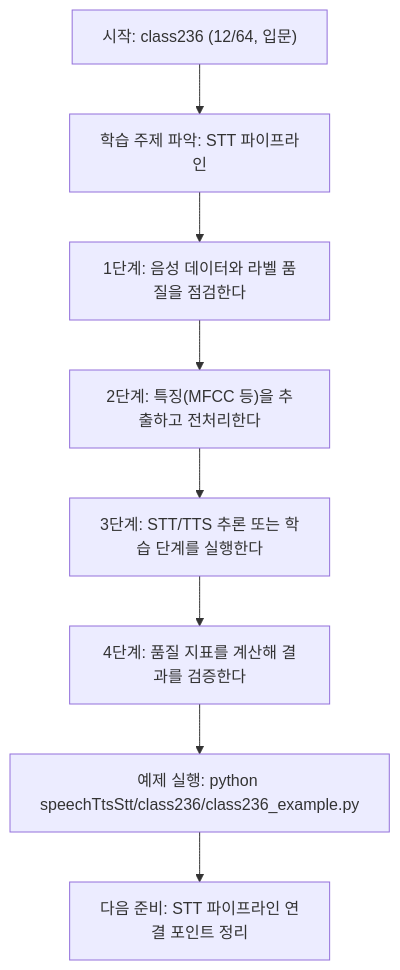
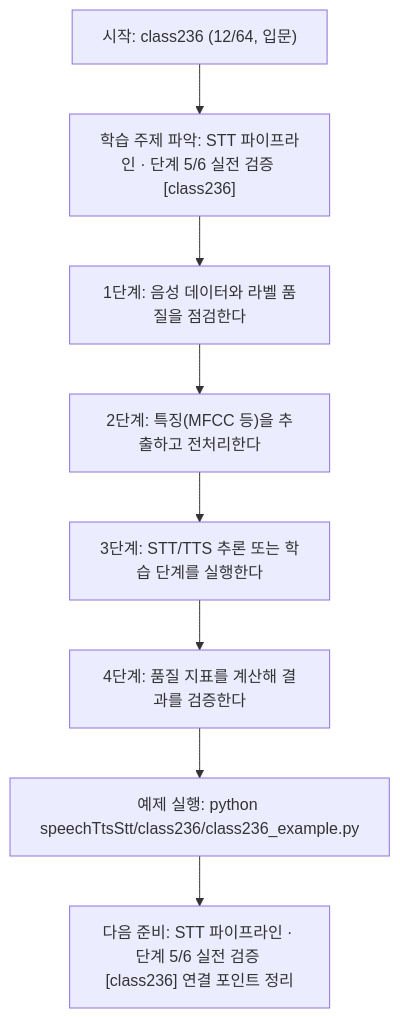
One commit to edumgt/Python-AI_Agent-Class changed the diagram in speechTtsStt/class236/class236.md. Above: the diagram before and after it, drawn with Mermaid. The commit also changed other lines of this file and 522 other files, not shown here.

````diff
--- a/speechTtsStt/class236/class236.md
+++ b/speechTtsStt/class236/class236.md
@@ -112,18 +113,18 @@
 ```mermaid
 flowchart TD
 N1["시작: class236 (12/64, 입문)"]
-N2["학습 주제 파악: STT 파이프라인"]
+N2["학습 주제 파악: STT 파이프라인 · 단계 5/6 실전 검증 [class236]"]
 N3["1단계: 음성 데이터와 라벨 품질을 점검한다"]
 N4["2단계: 특징(MFCC 등)을 추출하고 전처리한다"]
 N5["3단계: STT/TTS 추론 또는 학습 단계를 실행한다"]
 N6["4단계: 품질 지표를 계산해 결과를 검증한다"]
 N7["예제 실행: python speechTtsStt/class236/class236_example.py"]
-N8["다음 준비: STT 파이프라인 연결 포인트 정리"]
+N8["다음 준비: STT 파이프라인 · 단계 5/6 실전 검증 [class236] 연결 포인트 정리"]
 N1 --> N2
 N2 --> N3
 N3 --> N4
 N4 --> N5
 N5 --> N6
 N6 --> N7
 N7 --> N8
 ```
````
